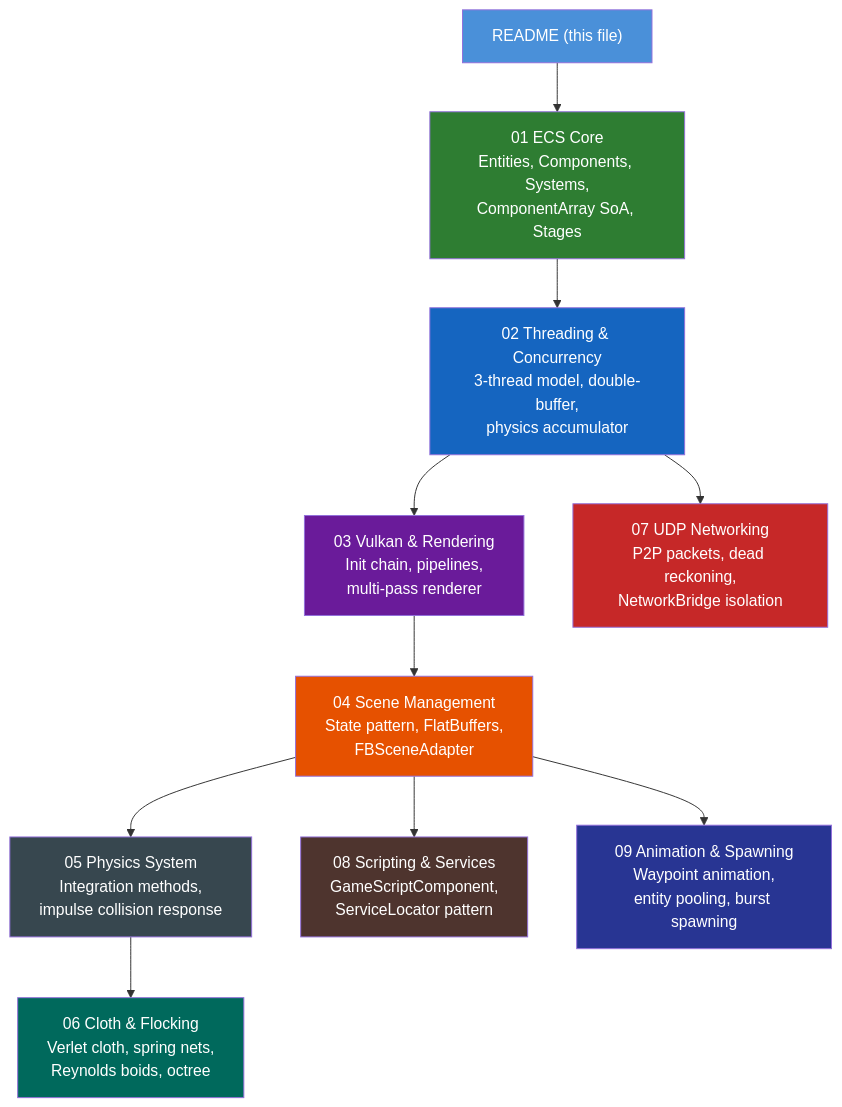
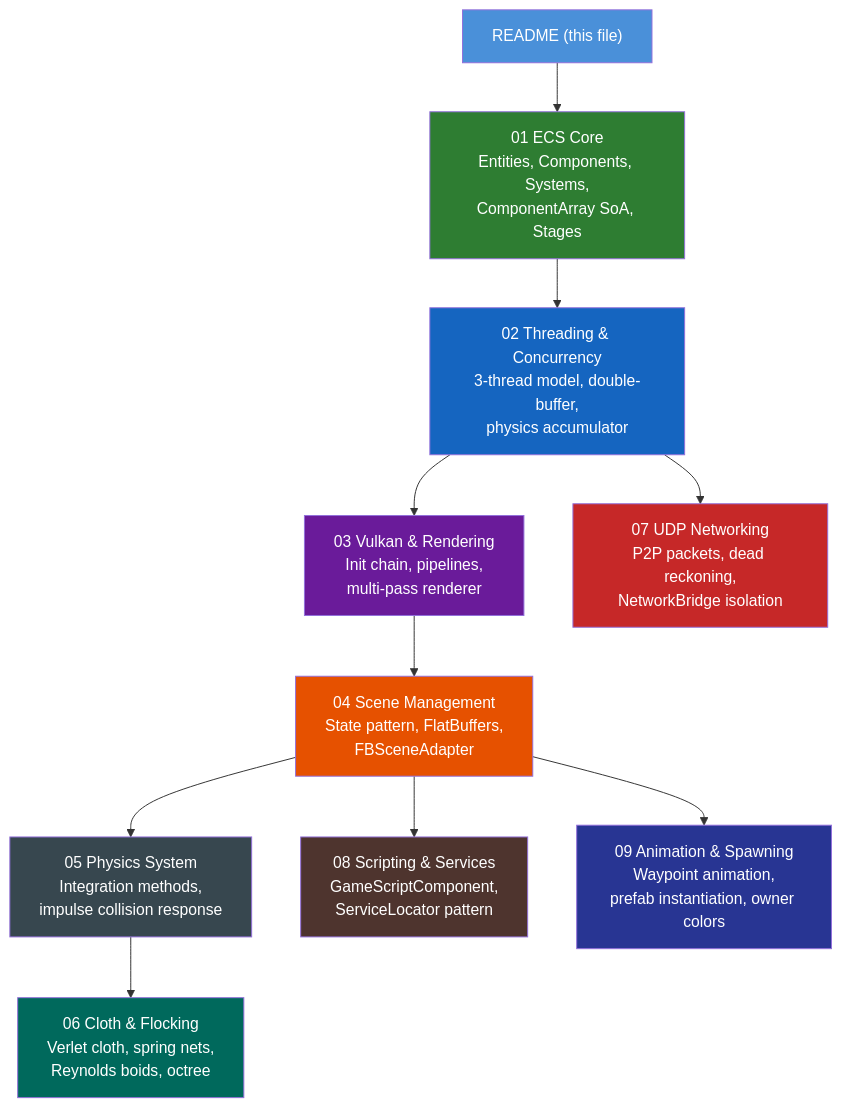
Before and after one commit to JoseSerranoHull/simulation-engine: the diagram in markdown/TechnicalManual/README.md, drawn with Mermaid. The commit also changed other lines of this file and 30 other files, not shown here.

````diff
--- a/markdown/TechnicalManual/README.md
+++ b/markdown/TechnicalManual/README.md
@@ -23,35 +23,35 @@
 ```mermaid
 graph TD
     README["README (this file)"]
 
     ECS["01 ECS Core<br/>Entities, Components, Systems,<br/>ComponentArray SoA, Stages"]
     THR["02 Threading &amp; Concurrency<br/>3-thread model, double-buffer,<br/>physics accumulator"]
     VK["03 Vulkan &amp; Rendering<br/>Init chain, pipelines,<br/>multi-pass renderer"]
     SCENE["04 Scene Management<br/>State pattern, FlatBuffers,<br/>FBSceneAdapter"]
     PHY["05 Physics System<br/>Integration methods,<br/>impulse collision response"]
     CF["06 Cloth &amp; Flocking<br/>Verlet cloth, spring nets,<br/>Reynolds boids, octree"]
     NET["07 UDP Networking<br/>P2P packets, dead reckoning,<br/>NetworkBridge isolation"]
     SCR["08 Scripting &amp; Services<br/>GameScriptComponent,<br/>ServiceLocator pattern"]
-    ANI["09 Animation &amp; Spawning<br/>Waypoint animation,<br/>entity pooling, burst spawning"]
+    ANI["09 Animation &amp; Spawning<br/>Waypoint animation,<br/>prefab instantiation, owner colors"]
 
     README --> ECS
     ECS --> THR
     THR --> VK
     VK --> SCENE
     SCENE --> PHY
     PHY --> CF
     THR --> NET
     SCENE --> SCR
     SCENE --> ANI
 
     style README fill:#4a90d9,color:#fff
     style ECS fill:#2e7d32,color:#fff
     style THR fill:#1565c0,color:#fff
     style VK fill:#6a1b9a,color:#fff
     style SCENE fill:#e65100,color:#fff
     style PHY fill:#37474f,color:#fff
     style CF fill:#00695c,color:#fff
     style NET fill:#c62828,color:#fff
     style SCR fill:#4e342e,color:#fff
     style ANI fill:#283593,color:#fff
 ```
````
